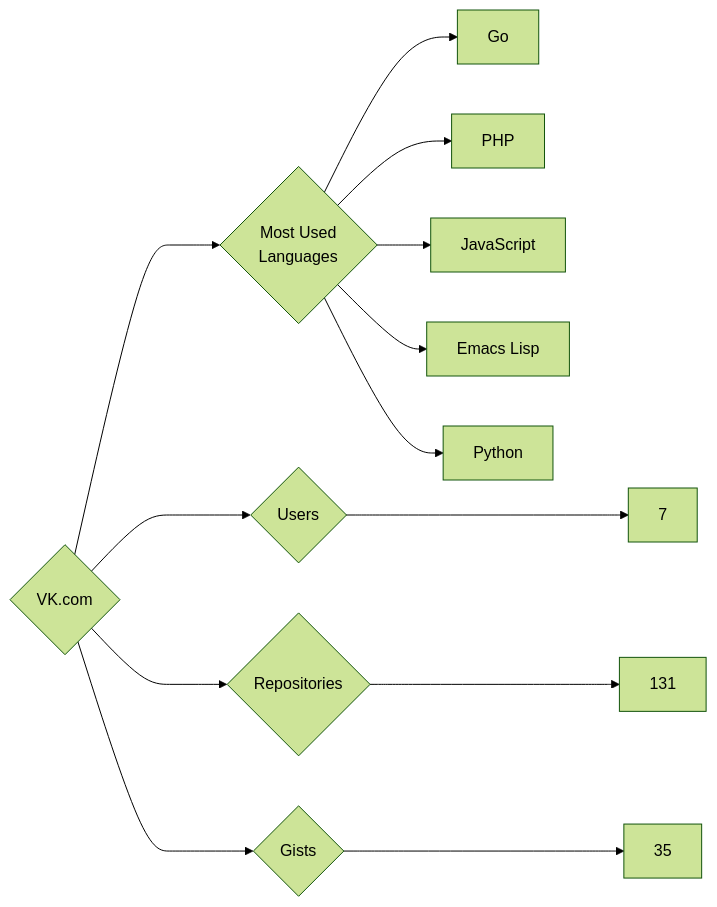
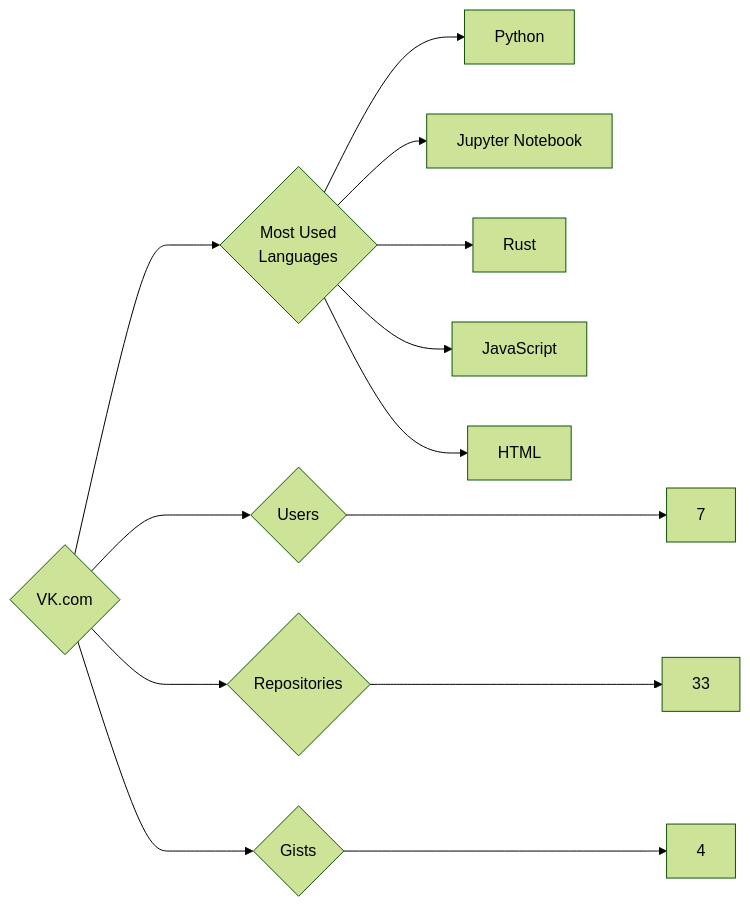
The diagram in targets/VK.com/README.md (trickest/insiders), drawn with Mermaid (forest theme) before and after one commit. The commit also changed 794 other files, not shown here.

````diff
--- a/targets/VK.com/README.md
+++ b/targets/VK.com/README.md
@@ -3,13 +3,13 @@
 ```mermaid
 graph LR
 COMPANY_NAME{VK.com}
 COMPANY_NAME ---> U{Users} ---> UN[7]
-COMPANY_NAME ---> R{Repositories} ---> RN[131]
-COMPANY_NAME ---> G{Gists} ---> GN[35]
+COMPANY_NAME ---> R{Repositories} ---> RN[33]
+COMPANY_NAME ---> G{Gists} ---> GN[4]
 COMPANY_NAME ---> ML{Most Used<br>Languages}
-ML --> Go[Go]
-ML --> PHP[PHP]
+ML --> Python[Python]
+ML --> Jupyter_Notebook[Jupyter Notebook]
+ML --> Rust[Rust]
 ML --> JavaScript[JavaScript]
-ML --> Emacs_Lisp[Emacs Lisp]
-ML --> Python[Python]
+ML --> HTML[HTML]
 ```
````
